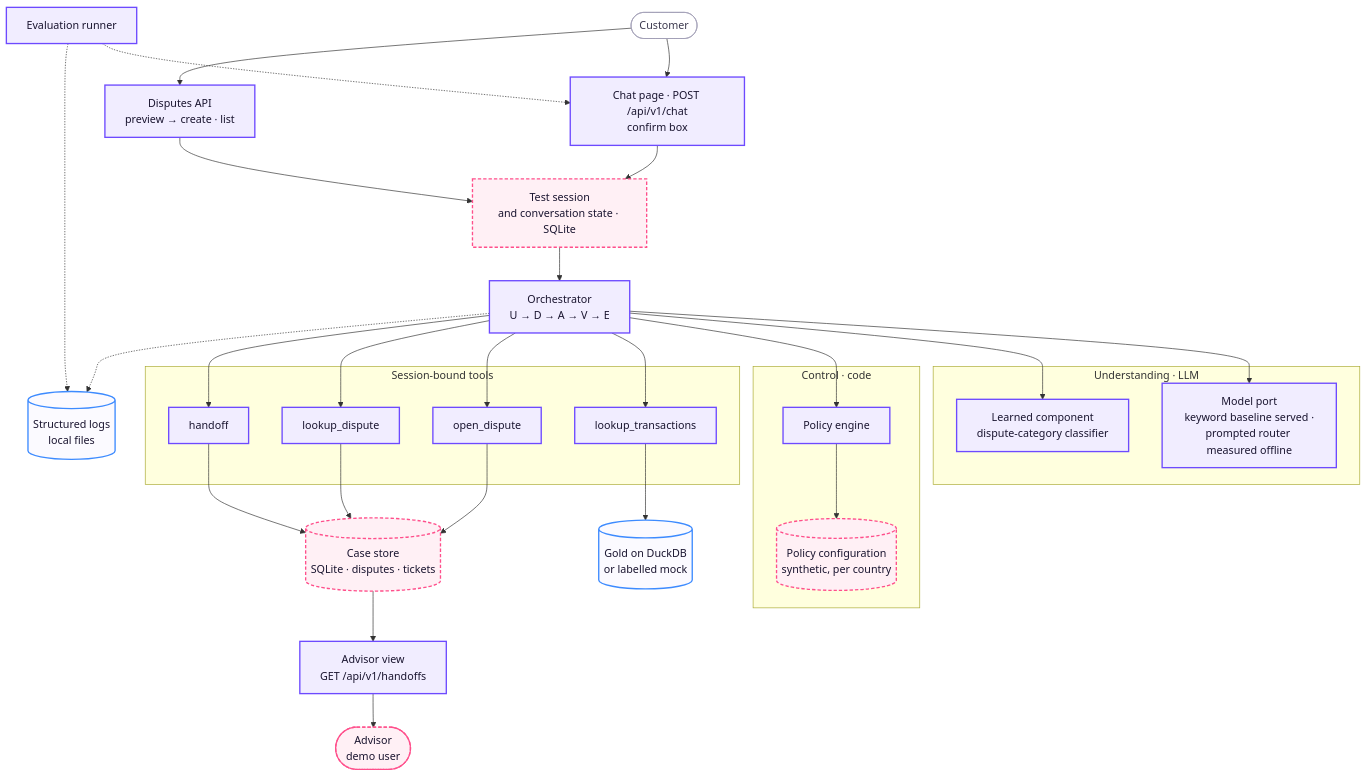
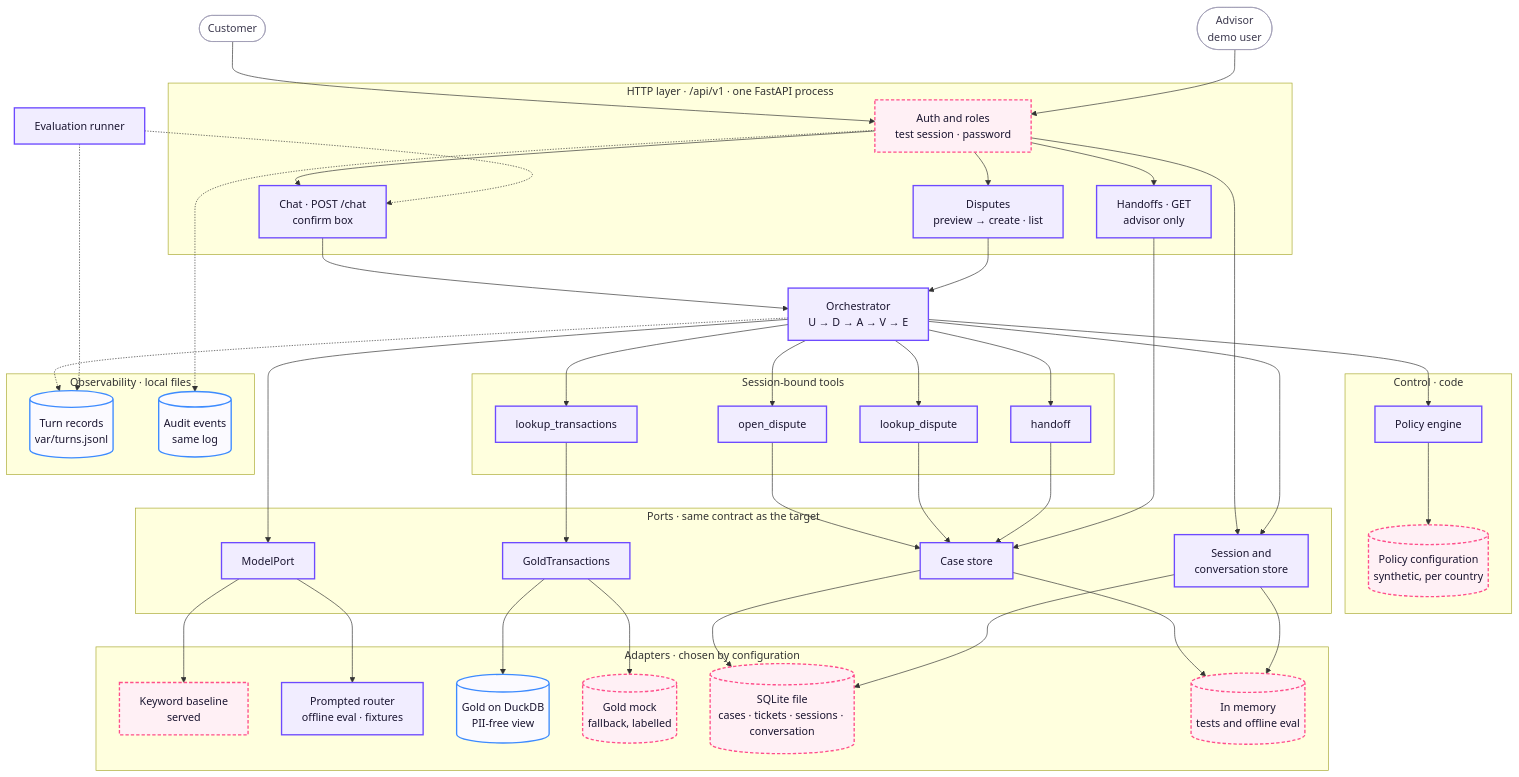
Before and after one commit to rdorta27/factored-hackathon-2026-sentinel-engine: the second of 2 diagrams in docs/architecture/demo-architecture.md, drawn with Mermaid. The commit also changed other lines of this file and 1 other file, not shown here.

Commit message:
docs: expand the component diagrams with http layer, ports and observability
The component diagrams showed the logical flow but not why the demo and production run the same code, nor where auth, roles and logs sit.

Changes:
- add the http layer with auth and roles in front of chat, disputes and handoffs
- add the four ports and, in the demo, the adapters chosen by configuration with the mocks marked
- add turn records and audit events as observability sinks
- describe the http layer, ports and observability in the component table and the demo adapters

````diff
--- a/docs/architecture/demo-architecture.md
+++ b/docs/architecture/demo-architecture.md
@@ -48,45 +48,70 @@
 ```mermaid
 flowchart TB
-    client(["Customer"]) --> chat["Chat page · POST /api/v1/chat<br/>confirm box"]
-    client --> dapi["Disputes API<br/>preview → create · list"]
-    chat --> session["Test session<br/>and conversation state · SQLite"]
-    dapi --> session
-    session --> orch["Orchestrator<br/>U → D → A → V → E"]
+    client(["Customer"])
+    advisor(["Advisor<br/>demo user"])
 
-    subgraph understand["Understanding · LLM"]
-        router["Model port<br/>keyword baseline served ·<br/>prompted router measured offline"]
-        learned["Learned component<br/>dispute-category classifier"]
+    subgraph http["HTTP layer · /api/v1 · one FastAPI process"]
+        auth["Auth and roles<br/>test session · password"]
+        chat["Chat · POST /chat<br/>confirm box"]
+        dapi["Disputes<br/>preview → create · list"]
+        hapi["Handoffs · GET<br/>advisor only"]
     end
+    client --> auth
+    advisor --> auth
+    auth --> chat & dapi & hapi
+    chat & dapi --> orch["Orchestrator<br/>U → D → A → V → E"]
+
     subgraph control["Control · code"]
         policy["Policy engine"]
         config[("Policy configuration<br/>synthetic, per country")]
         policy --> config
     end
     subgraph toolset["Session-bound tools"]
         lookup["lookup_transactions"]
         open["open_dispute"]
         verify["lookup_dispute"]
         handoff["handoff"]
     end
+    subgraph ports["Ports · same contract as the target"]
+        mport["ModelPort"]
+        gport["GoldTransactions"]
+        cport["Case store"]
+        sport["Session and<br/>conversation store"]
+    end
+    subgraph adapters["Adapters · chosen by configuration"]
+        baseline["Keyword baseline<br/>served"]
+        prompted["Prompted router<br/>offline eval · fixtures"]
+        duck[("Gold on DuckDB<br/>PII-free view")]
+        goldmock[("Gold mock<br/>fallback, labelled")]
+        sqlite[("SQLite file<br/>cases · tickets · sessions · conversation")]
+        memory[("In memory<br/>tests and offline eval")]
+    end
 
-    orch --> router & learned & policy
+    orch --> policy
+    orch --> mport --> baseline & prompted
     orch --> lookup & open & verify & handoff
-    lookup --> gold[("Gold on DuckDB<br/>or labelled mock")]
-    open --> disputes[("Case store<br/>SQLite · disputes · tickets")]
-    verify --> disputes
-    handoff --> disputes
-    disputes --> aview["Advisor view<br/>GET /api/v1/handoffs"]
-    aview --> advisor(["Advisor<br/>demo user"])
-    orch -.-> logs[("Structured logs<br/>local files")]
+    lookup --> gport --> duck & goldmock
+    open & verify & handoff --> cport
+    hapi --> cport
+    auth --> sport
+    orch --> sport
+    cport & sport --> sqlite & memory
+
+    subgraph obs["Observability · local files"]
+        records[("Turn records<br/>var/turns.jsonl")]
+        audit[("Audit events<br/>same log")]
+    end
+    orch -.-> records
+    auth -.-> audit
     evalr["Evaluation runner"] -.-> chat
-    evalr -.-> logs
+    evalr -.-> records
 
     classDef comp fill:#f1edff,stroke:#6d4aff,stroke-width:2px,color:#1a1530
     classDef store fill:#fbfaff,stroke:#3d8bff,stroke-width:2px,color:#1a1530
     classDef mock fill:#fff0f5,stroke:#ff4f8b,stroke-width:2px,stroke-dasharray:5 3,color:#1a1530
     classDef ext fill:#ffffff,stroke:#a09cb5,stroke-width:1px,color:#3d3a4f
-    class chat,dapi,orch,router,learned,policy,lookup,open,verify,handoff,aview,evalr comp
-    class gold,logs store
-    class session,config,disputes,advisor mock
-    class client ext
+    class chat,dapi,hapi,orch,policy,lookup,open,verify,handoff,mport,gport,cport,sport,prompted,evalr comp
+    class duck,records,audit store
+    class auth,config,baseline,goldmock,sqlite,memory mock
+    class client,advisor ext
 ```
````
